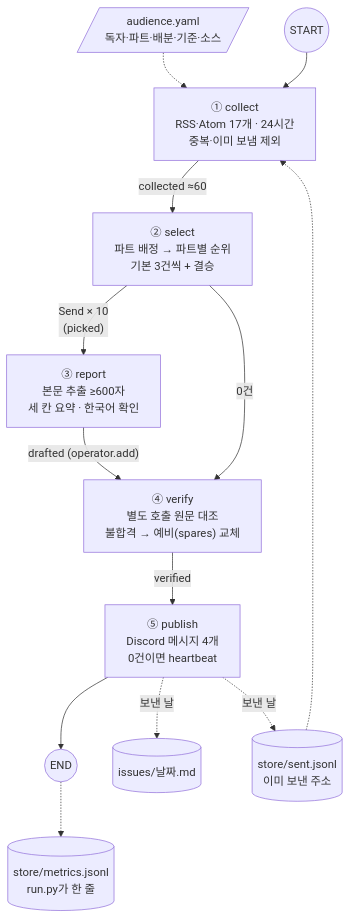
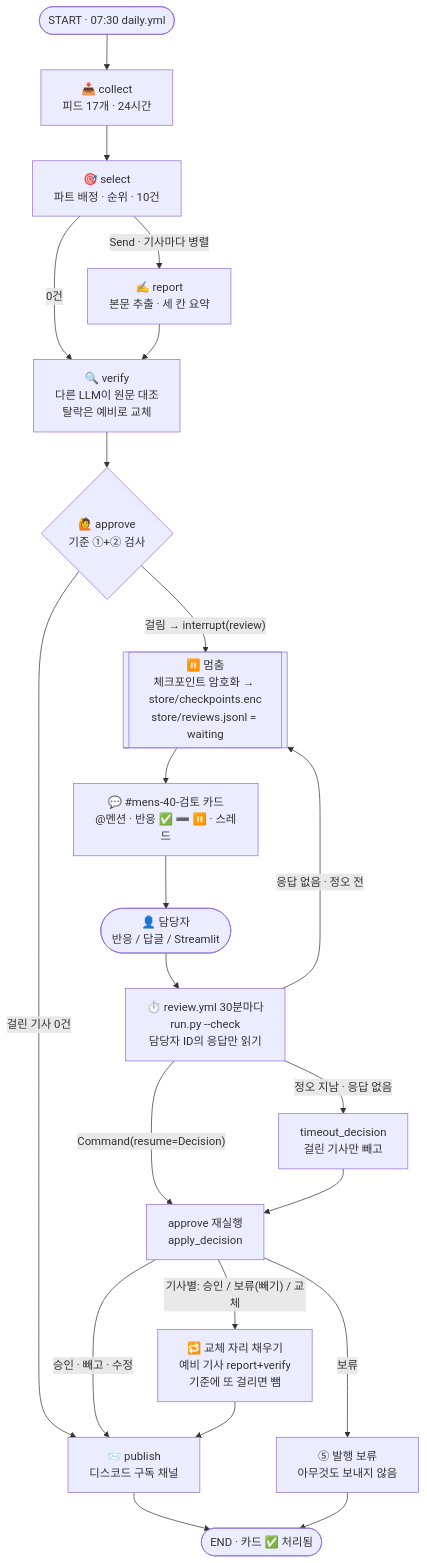
One commit to Lightnine999/my-newsletter-agent changed the diagram in REPORT.md. Above: the diagram before and after it, drawn with Mermaid. The commit also changed other lines of this file and 13 other files, not shown here.

First line of the commit message:
docs+feat: HITL 제출 문서(README·REPORT)와 기사별 승인·보류·교체 답글

````diff
--- a/REPORT.md
+++ b/REPORT.md
@@ -165,17 +31,23 @@
 ```mermaid
 flowchart TD
-    CFG[/"audience.yaml<br/>독자·파트·배분·기준·소스"/] -.-> collect
-    SENT[("store/sent.jsonl<br/>이미 보낸 주소")] -.-> collect
-
-    START((START)) --> collect["① collect<br/>RSS·Atom 17개 · 24시간<br/>중복·이미 보냄 제외"]
-    collect -->|collected ≈60| select["② select<br/>파트 배정 → 파트별 순위<br/>기본 3건씩 + 결승"]
-    select -->|"Send × 10<br/>(picked)"| report["③ report<br/>본문 추출 ≥600자<br/>세 칸 요약 · 한국어 확인"]
-    select -->|0건| verify
-    report -->|"drafted (operator.add)"| verify["④ verify<br/>별도 호출 원문 대조<br/>불합격 → 예비(spares) 교체"]
-    verify -->|verified| publish["⑤ publish<br/>Discord 메시지 4개<br/>0건이면 heartbeat"]
-    publish --> END((END))
-
-    publish -.->|보낸 날| ISSUES[("issues/날짜.md")]
-    publish -.->|보낸 날| SENT
-    END -.-> METRICS[("store/metrics.jsonl<br/>run.py가 한 줄")]
+    S([START · 07:30 daily.yml]) --> C["📥 collect<br/>피드 17개 · 24시간"]
+    C --> SE["🎯 select<br/>파트 배정 · 순위 · 10건"]
+    SE -->|"Send · 기사마다 병렬"| R["✍️ report<br/>본문 추출 · 세 칸 요약"]
+    SE -->|0건| V
+    R --> V["🔍 verify<br/>다른 LLM이 원문 대조<br/>탈락은 예비로 교체"]
+    V --> A{"🙋 approve<br/>기준 ①+② 검사"}
+    A -->|"걸린 기사 0건"| P["📨 publish<br/>디스코드 구독 채널"]
+    A -->|"걸림 → interrupt(review)"| W[["⏸️ 멈춤<br/>체크포인트 암호화 → store/checkpoints.enc<br/>store/reviews.jsonl = waiting"]]
+    W --> D["💬 #mens-40-검토 카드<br/>@멘션 · 반응 ✅ ➖ ⏸️ · 스레드"]
+    D --> H(["👤 담당자<br/>반응 / 답글 / Streamlit"])
+    H --> K["⏱️ review.yml 30분마다<br/>run.py --check<br/>담당자 ID의 응답만 읽기"]
+    K -->|"응답 없음 · 정오 전"| W
+    K -->|"Command(resume=Decision)"| A2["approve 재실행<br/>apply_decision"]
+    K -->|"정오 지남 · 응답 없음"| T["timeout_decision<br/>걸린 기사만 빼고"] --> A2
+    A2 -->|"승인 · 빼고 · 수정"| P
+    A2 -->|"기사별: 승인 / 보류(빼기) / 교체"| F["🔁 교체 자리 채우기<br/>예비 기사 report+verify<br/>기준에 또 걸리면 뺌"]
+    F --> P
+    A2 -->|"보류"| X["⑤ 발행 보류<br/>아무것도 보내지 않음"]
+    P --> E([END · 카드 ✅ 처리됨])
+    X --> E
 ```
````
